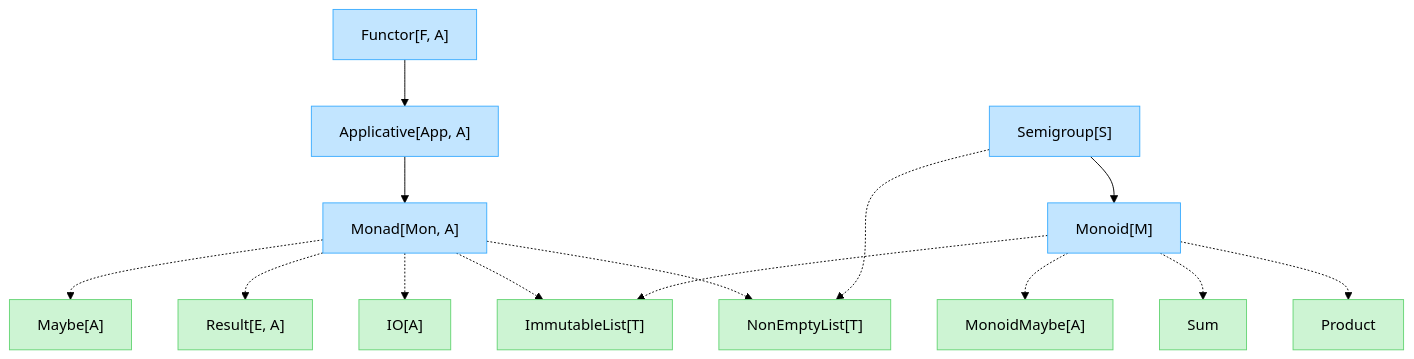
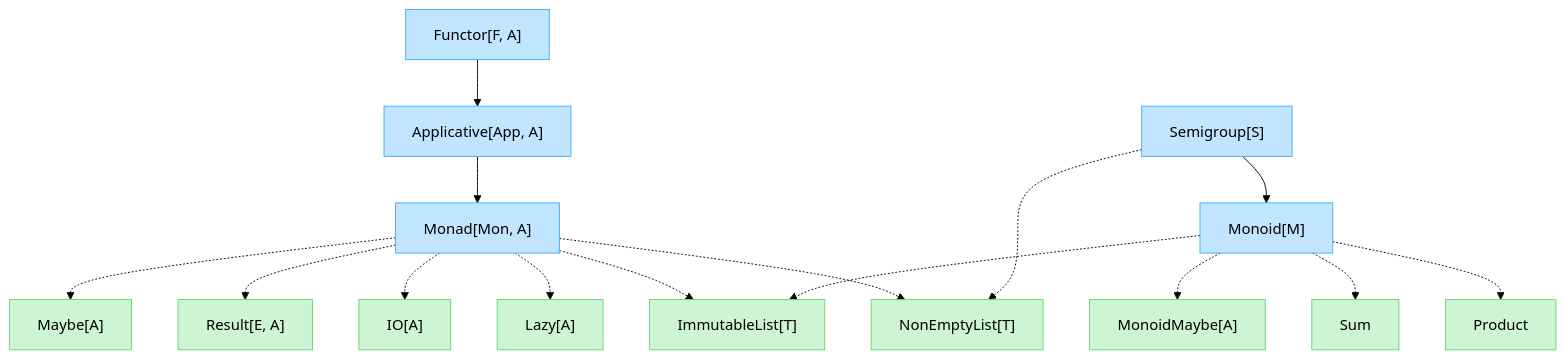
Before and after one commit to kamalfarahani/katharos: the diagram in docs/reference/type-hierarchy.rst, drawn with Mermaid (forest theme). The commit also changed other lines of this file, not shown here.

Commit message:
docs: update type hierarchy reference to include Lazy type and enhance descriptions

```diff
--- a/docs/reference/type-hierarchy.rst
+++ b/docs/reference/type-hierarchy.rst
@@ -6,23 +10,24 @@
 .. mermaid::
 
     flowchart TD
         semigroup["Semigroup[S]"] --> monoid["Monoid[M]"]
         functor["Functor[F, A]"] --> applicative["Applicative[App, A]"]
         applicative --> monad["Monad[Mon, A]"]
 
         monad -.-> maybe["Maybe[A]"]
         monad -.-> result["Result[E, A]"]
         monad -.-> io["IO[A]"]
+        monad -.-> lazy["Lazy[A]"]
         monad -.-> immutableList["ImmutableList[T]"]
         monad -.-> nonEmptyList["NonEmptyList[T]"]
 
         monoid -.-> immutableList
         monoid -.-> monoidMaybe["MonoidMaybe[A]"]
         monoid -.-> sum[Sum]
         monoid -.-> product[Product]
         semigroup -.-> nonEmptyList
 
         classDef abstract fill:#C2E5FF,stroke:#3DADFF
         classDef concrete fill:#CDF4D3,stroke:#66D575
         class semigroup,monoid,functor,applicative,monad abstract
-        class maybe,result,io,immutableList,nonEmptyList,monoidMaybe,sum,product concrete
+        class maybe,result,io,lazy,immutableList,nonEmptyList,monoidMaybe,sum,product concrete
```
